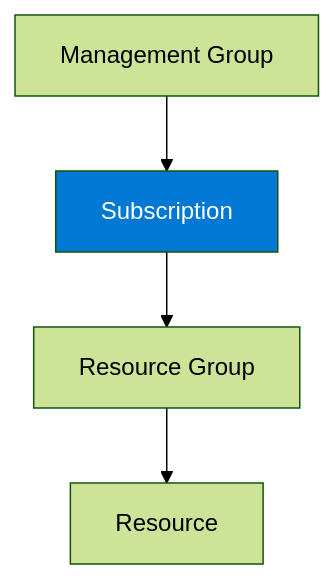
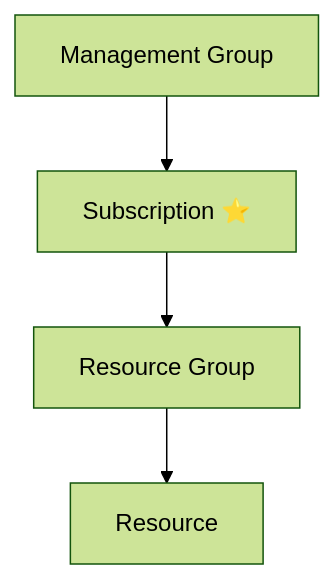
Before and after one commit to zhyordanova/azure-fundamentals-handbook: the diagram in docs/02-azure-architecture/7-subscriptions.md, drawn with Mermaid (forest theme). The commit also changed 4 other files, not shown here.

Commit message:
chore: add and fix diagrams

````diff
--- a/docs/02-azure-architecture/7-subscriptions.md
+++ b/docs/02-azure-architecture/7-subscriptions.md
@@ -43,13 +43,9 @@
 ```mermaid
 flowchart TD
-    MG[Management Group]
-    SUB[Subscription]
-    RG[Resource Group]
-    RES[Resource]
+    MG["Management Group"]
+    SUB["Subscription ⭐"]
+    RG["Resource Group"]
+    RES["Resource"]
 
-    MG --> SUB
-    SUB --> RG
-    RG --> RES
-
-    style SUB fill:#0078D4,color:#ffffff
+    MG --> SUB --> RG --> RES
 ```
````
